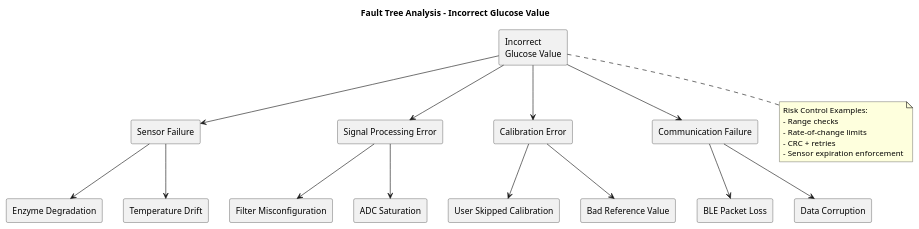
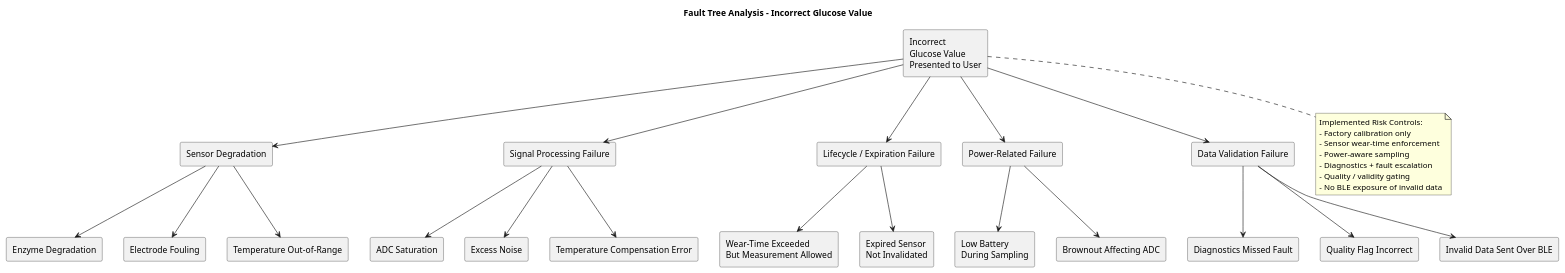
One commit to spothana/cgms changed the diagram in documents/diagrams/safety/cgms_fta.puml. Above: the diagram before and after it, drawn with PlantUML. The commit also changed 23 other files, not shown here.

Commit message:
update the design diagrams to reflect one time usage of CGM devices and add diagnostic telemetry

```diff
--- a/documents/diagrams/safety/cgms_fta.puml
+++ b/documents/diagrams/safety/cgms_fta.puml
@@ -1,50 +1,87 @@
 @startuml cgms_fta
 title Fault Tree Analysis – Incorrect Glucose Value
 
 skinparam componentStyle rectangle
 
-component "Incorrect\nGlucose Value" as TOP
+component "Incorrect\nGlucose Value\nPresented to User" as TOP
 
-component "Sensor Failure" as S1
-component "Signal Processing Error" as S2
-component "Calibration Error" as S3
-component "Communication Failure" as S4
+' --------------------
+' Level 1 Causes
+' --------------------
+component "Sensor Degradation" as S1
+component "Signal Processing Failure" as S2
+component "Lifecycle / Expiration Failure" as S3
+component "Power-Related Failure" as S4
+component "Data Validation Failure" as S5
 
 TOP --> S1
 TOP --> S2
 TOP --> S3
 TOP --> S4
+TOP --> S5
 
+' --------------------
+' Sensor Degradation
+' --------------------
 component "Enzyme Degradation" as S1a
-component "Temperature Drift" as S1b
+component "Electrode Fouling" as S1b
+component "Temperature Out-of-Range" as S1c
 
 S1 --> S1a
 S1 --> S1b
+S1 --> S1c
 
-component "Filter Misconfiguration" as S2a
-component "ADC Saturation" as S2b
+' --------------------
+' Signal Processing
+' --------------------
+component "ADC Saturation" as S2a
+component "Excess Noise" as S2b
+component "Temperature Compensation Error" as S2c
 
 S2 --> S2a
 S2 --> S2b
+S2 --> S2c
 
-component "User Skipped Calibration" as S3a
-component "Bad Reference Value" as S3b
+' --------------------
+' Lifecycle / Expiration
+' --------------------
+component "Wear-Time Exceeded\nBut Measurement Allowed" as S3a
+component "Expired Sensor\nNot Invalidated" as S3b
 
 S3 --> S3a
 S3 --> S3b
 
-component "BLE Packet Loss" as S4a
-component "Data Corruption" as S4b
+' --------------------
+' Power-Related
+' --------------------
+component "Low Battery\nDuring Sampling" as S4a
+component "Brownout Affecting ADC" as S4b
 
 S4 --> S4a
 S4 --> S4b
 
+' --------------------
+' Validation / Diagnostics
+' --------------------
+component "Diagnostics Missed Fault" as S5a
+component "Quality Flag Incorrect" as S5b
+component "Invalid Data Sent Over BLE" as S5c
+
+S5 --> S5a
+S5 --> S5b
+S5 --> S5c
+
+' --------------------
+' Mitigations
+' --------------------
 note bottom of TOP
-Risk Control Examples:
-- Range checks
-- Rate-of-change limits
-- CRC + retries
-- Sensor expiration enforcement
+Implemented Risk Controls:
+- Factory calibration only
+- Sensor wear-time enforcement
+- Power-aware sampling
+- Diagnostics + fault escalation
+- Quality / validity gating
+- No BLE exposure of invalid data
 end note
 
 @enduml
```
